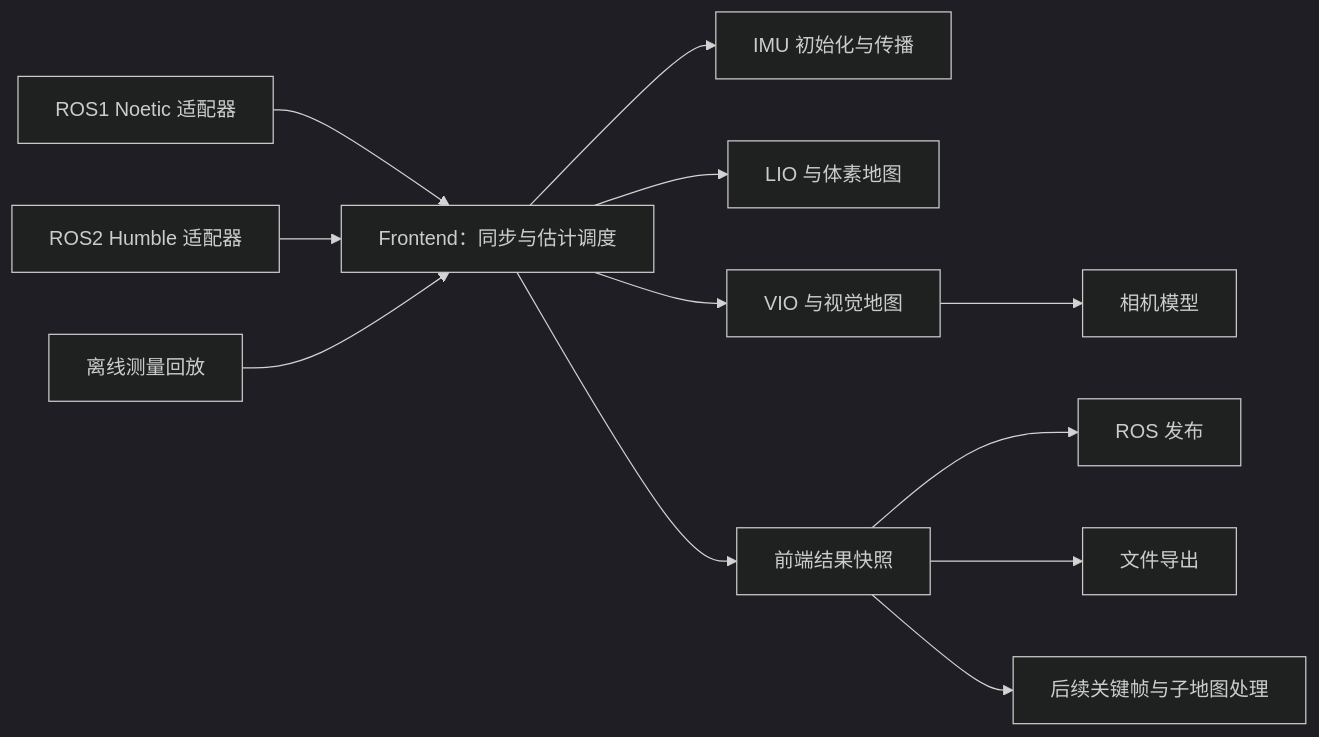
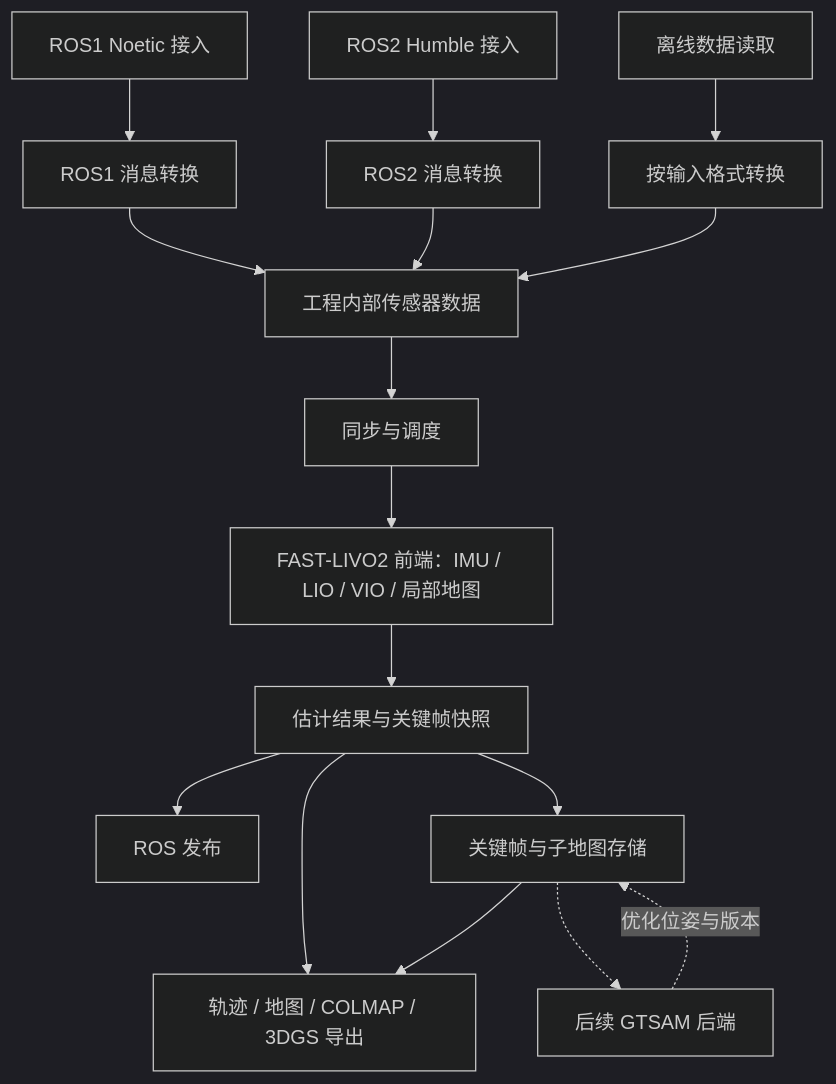
The diagram in docs/superpowers/specs/2026-10-11-refactor-architecture-design.md (YanniLaw/livo-atlas), drawn with Mermaid (dark theme) before and after one commit. The commit also changed other lines of this file, not shown here.

Commit message:
docs: clarify module boundaries and backend data flow

````diff
--- a/docs/superpowers/specs/2026-10-11-refactor-architecture-design.md
+++ b/docs/superpowers/specs/2026-10-11-refactor-architecture-design.md
@@ -64,14 +76,18 @@
 ```mermaid
-flowchart LR
-  R1[ROS1 Noetic 适配器] --> F[Frontend：同步与估计调度]
-  R2[ROS2 Humble 适配器] --> F
-  Replay[离线测量回放] --> F
-  F --> IMU[IMU 初始化与传播]
-  F --> LIO[LIO 与体素地图]
-  F --> VIO[VIO 与视觉地图]
-  VIO --> Camera[相机模型]
-  F --> Result[前端结果快照]
+flowchart TD
+  R1[ROS1 Noetic 接入] --> Convert1[ROS1 消息转换]
+  R2[ROS2 Humble 接入] --> Convert2[ROS2 消息转换]
+  Replay[离线数据读取] --> ConvertOffline[按输入格式转换]
+  Convert1 --> Data[工程内部传感器数据]
+  Convert2 --> Data
+  ConvertOffline --> Data
+  Data --> Sync[同步与调度]
+  Sync --> F[FAST-LIVO2 前端：IMU / LIO / VIO / 局部地图]
+  F --> Result[估计结果与关键帧快照]
   Result --> Pub[ROS 发布]
-  Result --> Export[文件导出]
-  Result --> Future[后续关键帧与子地图处理]
+  Result --> Export[轨迹 / 地图 / COLMAP / 3DGS 导出]
+  Result --> Store[关键帧与子地图存储]
+  Store --> Export
+  Store -.-> Backend[后续 GTSAM 后端]
+  Backend -. 优化位姿与版本 .-> Store
 ```
````
